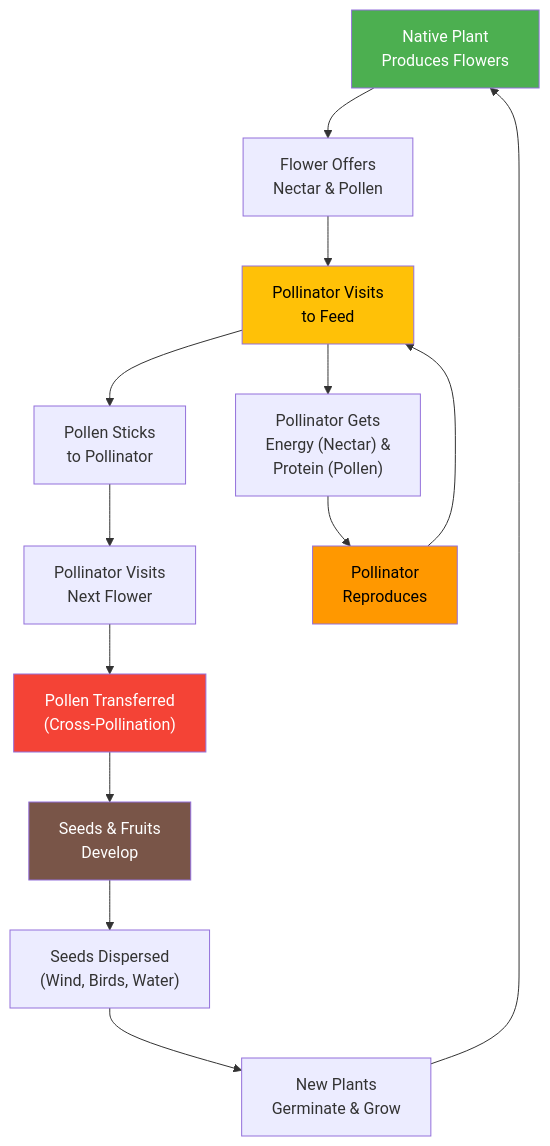
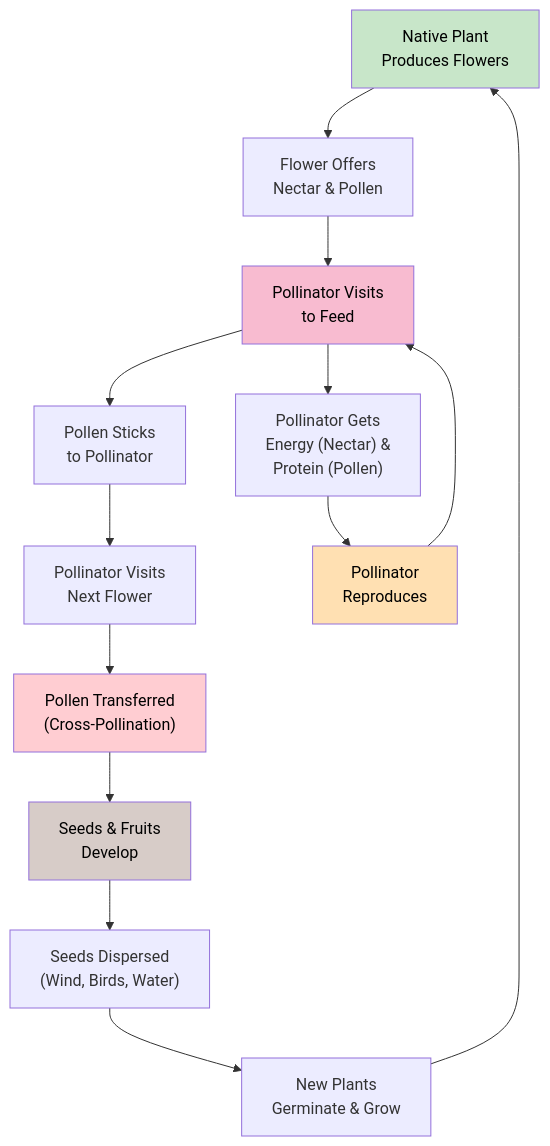
The first of 2 diagrams in docs/chapters/06-pollinators-wildlife/index.md (arunbatchu/minnesota-native-plants), drawn with Mermaid before and after one commit. The commit also changed other lines of this file and 10 other files, not shown here.

First line of the commit message:
Switch Mermaid diagrams to pastel palette — black text on light backgrounds

````diff
--- a/docs/chapters/06-pollinators-wildlife/index.md
+++ b/docs/chapters/06-pollinators-wildlife/index.md
@@ -30,22 +30,22 @@
 ```mermaid
 flowchart TD
     A["Native Plant<br/>Produces Flowers"] --> B["Flower Offers<br/>Nectar & Pollen"]
     B --> C["Pollinator Visits<br/>to Feed"]
     C --> D["Pollen Sticks<br/>to Pollinator"]
     D --> E["Pollinator Visits<br/>Next Flower"]
     E --> F["Pollen Transferred<br/>(Cross-Pollination)"]
     F --> G["Seeds & Fruits<br/>Develop"]
     G --> H["Seeds Dispersed<br/>(Wind, Birds, Water)"]
     H --> I["New Plants<br/>Germinate & Grow"]
     I --> A
 
     C --> J["Pollinator Gets<br/>Energy (Nectar) &<br/>Protein (Pollen)"]
     J --> K["Pollinator<br/>Reproduces"]
     K --> C
 
-    style A fill:#4CAF50,color:#fff
-    style C fill:#FFC107,color:#000
-    style F fill:#F44336,color:#fff
-    style G fill:#795548,color:#fff
-    style K fill:#FF9800,color:#000
+    style A fill:#C8E6C9,color:#000
+    style C fill:#F8BBD0,color:#000
+    style F fill:#FFCDD2,color:#000
+    style G fill:#D7CCC8,color:#000
+    style K fill:#FFE0B2,color:#000
 ```
````
